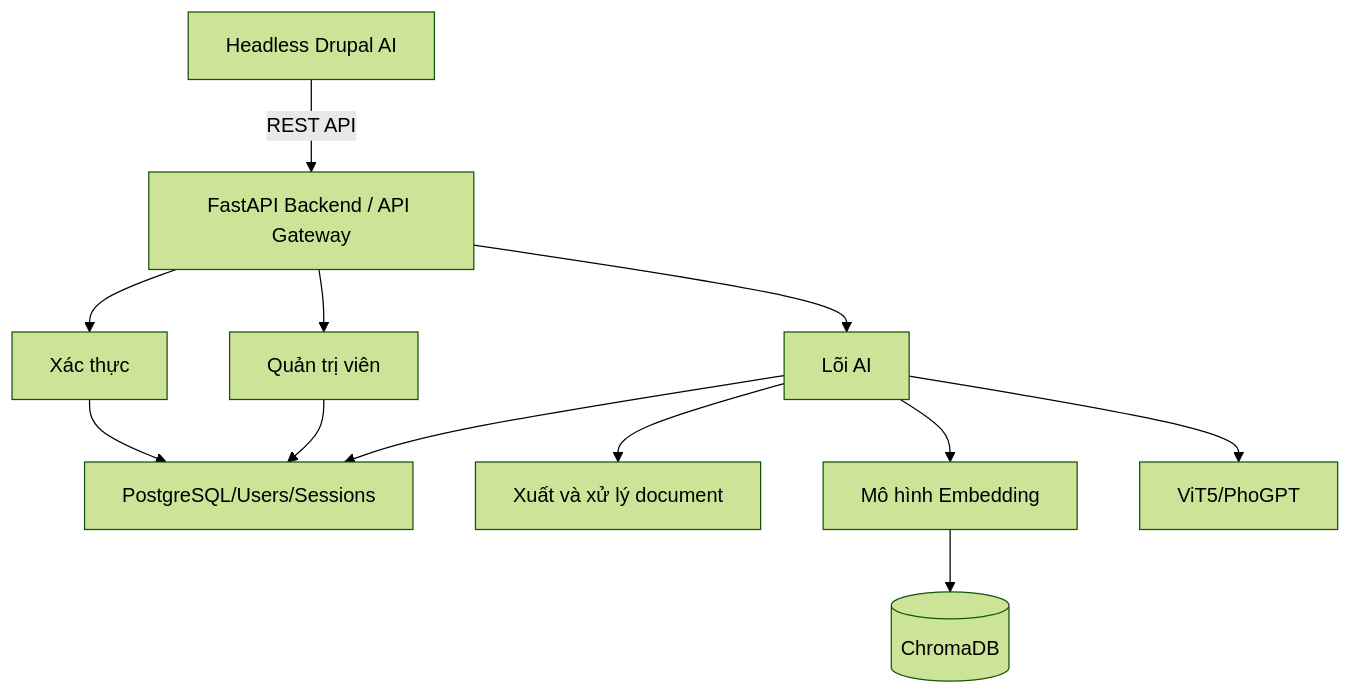
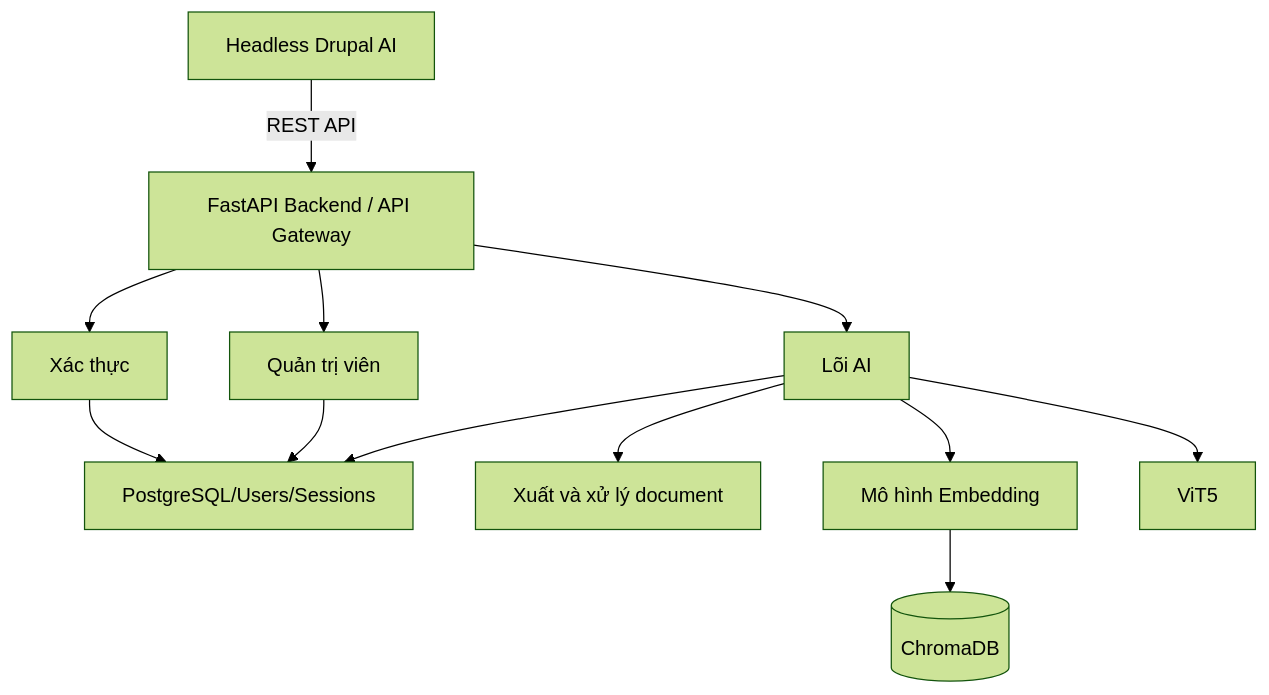
One commit to kienng221105/Summarize-Vietnamese-Text changed the first of 9 diagrams in README.md. Above: the diagram before and after it, drawn with Mermaid (forest theme). The commit also changed other lines of this file and 1 other file, not shown here.

````diff
--- a/README.md
+++ b/README.md
@@ -15,27 +15,27 @@
 ```mermaid
 
 flowchart TD
 
   Client[Headless Drupal AI] -->|REST API| API[FastAPI Backend / API Gateway]
 
   API --> Auth[Xác thực]
 
   API --> Admin[Quản trị viên]
 
   API --> Core[Lõi AI]
 
   Auth --> RDB[PostgreSQL/Users/Sessions]
 
   Admin --> RDB
 
   Core --> RDB
 
   Core --> ExtProcessor[Xuất và xử lý document]
 
   Core --> Embed[Mô hình Embedding]
 
   Embed --> VDB[(ChromaDB)]
 
-  Core --> ViT5[ViT5/PhoGPT]
+  Core --> ViT5[ViT5]
 
 ```
````
